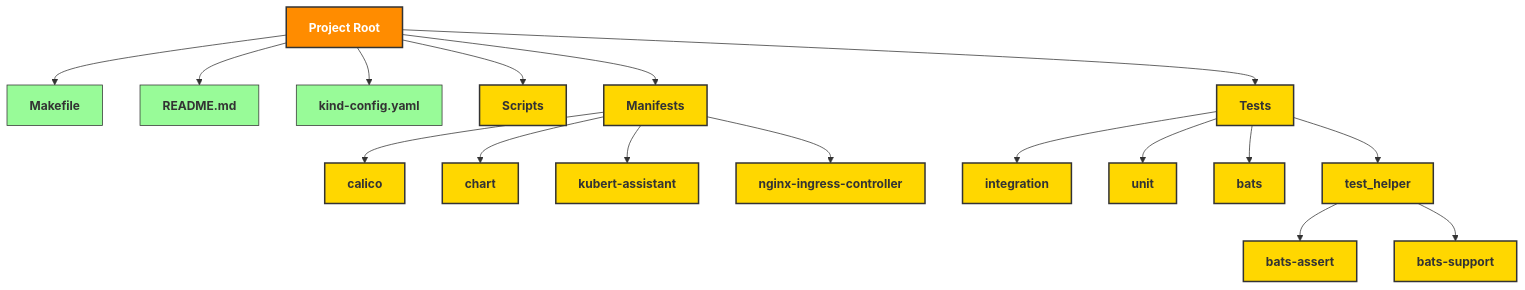
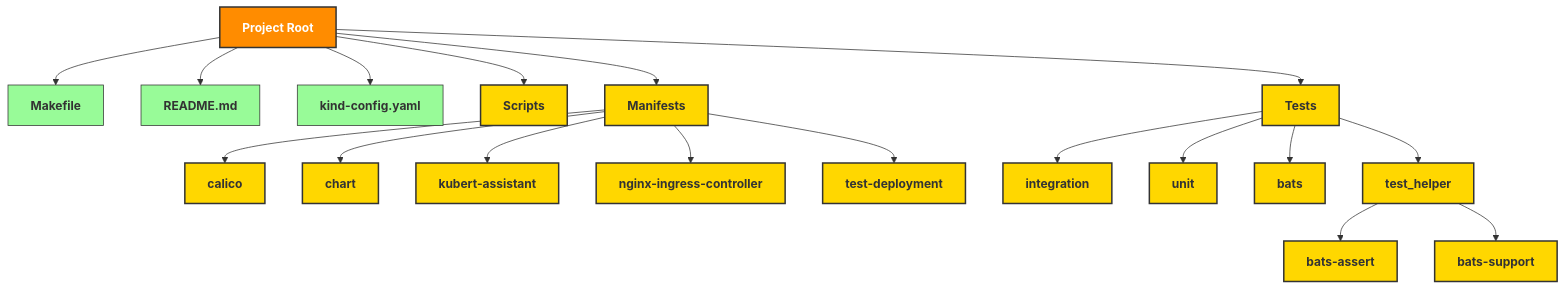
The second of 2 diagrams in docs/index.md (TranslucentComputing/kubert-assistant-lite), drawn with Mermaid before and after one commit. The commit also changed other lines of this file and 4 other files, not shown here.

````diff
--- a/docs/index.md
+++ b/docs/index.md
@@ -88,33 +88,34 @@
 ```mermaid
 graph TD;
     A[Project Root]
     A --> C[Makefile]
     A --> D[README.md]    
     A --> F[kind-config.yaml]    
     A --> H[Scripts]
     A --> G[Manifests]
     A --> I[Tests]
 
     G --> J[calico]
     G --> K[chart]
     G --> L[kubert-assistant]
     G --> M[nginx-ingress-controller]
+    G --> N[test-deployment]
 
     I --> U[integration]
     I --> X[unit]
     I --> T[bats]
     I --> W[test_helper]
     W --> W1[bats-assert]
     W --> W2[bats-support]
 
     classDef root fill:#FF8C00,stroke:#333,stroke-width:2px,font-weight:bold,color:#fff;
     classDef directory fill:#FFD700,stroke:#333,stroke-width:2px,font-weight:bold,color:#333;
     classDef file fill:#98FB98,stroke:#333,stroke-width:1px,color:#333;
 
     class A root;
     class C,D,F file;
     class G,H,I directory;
-    class J,K,L,M,T,U,X directory;
+    class J,K,L,M,T,U,X,N directory;
     class W directory;
     class W1,W2 directory;
 ```
````
